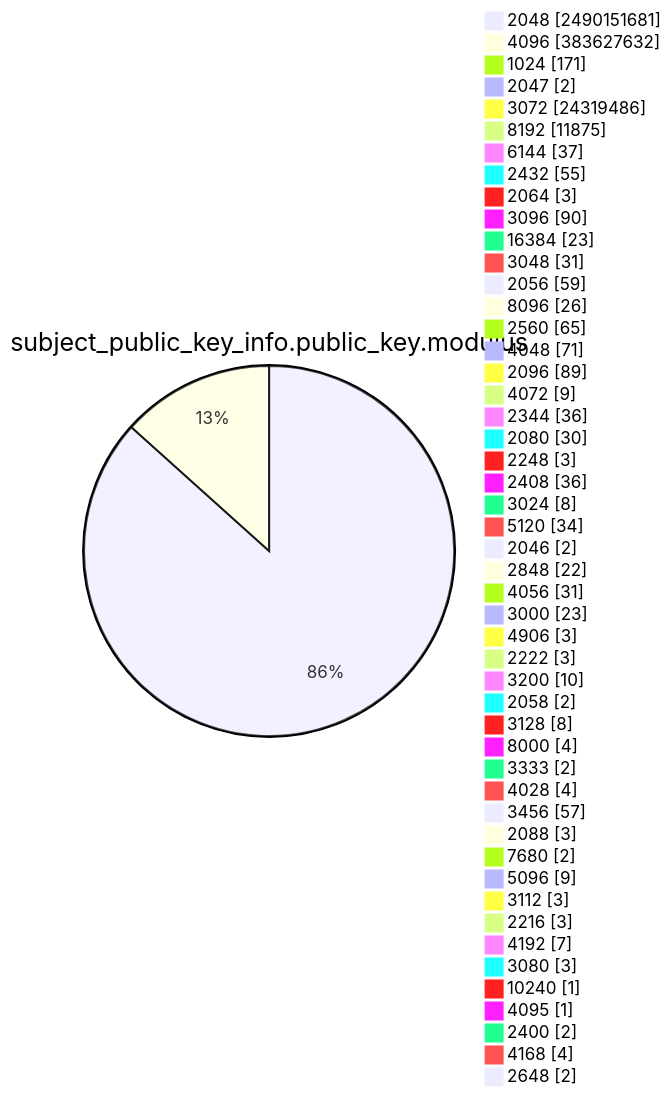
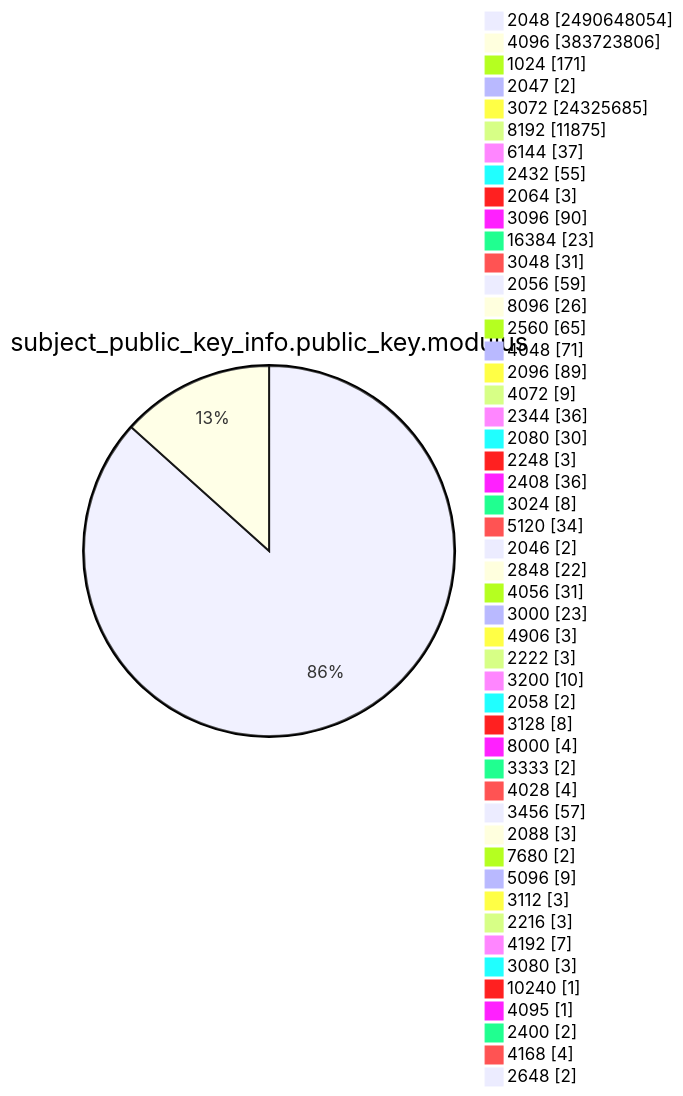
Before and after one commit to christiankrug/ctmonitor_visualization: diagram 13 of 15 in TOTAL/README.md, drawn with Mermaid. The commit also changed other lines of this file, not shown here.

````diff
--- a/TOTAL/README.md
+++ b/TOTAL/README.md
@@ -4169,53 +4169,53 @@
 ```mermaid
 pie showData
 title subject_public_key_info.public_key.modulus
-"2048" :2490151681
-"4096" :383627632
+"2048" :2490648054
+"4096" :383723806
 "1024" :171
 "2047" :2
-"3072" :24319486
+"3072" :24325685
 "8192" :11875
 "6144" :37
 "2432" :55
 "2064" :3
 "3096" :90
 "16384" :23
 "3048" :31
 "2056" :59
 "8096" :26
 "2560" :65
 "4048" :71
 "2096" :89
 "4072" :9
 "2344" :36
 "2080" :30
 "2248" :3
 "2408" :36
 "3024" :8
 "5120" :34
 "2046" :2
 "2848" :22
 "4056" :31
 "3000" :23
 "4906" :3
 "2222" :3
 "3200" :10
 "2058" :2
 "3128" :8
 "8000" :4
 "3333" :2
 "4028" :4
 "3456" :57
 "2088" :3
 "7680" :2
 "5096" :9
 "3112" :3
 "2216" :3
 "4192" :7
 "3080" :3
 "10240" :1
 "4095" :1
 "2400" :2
 "4168" :4
 "2648" :2
 ```
````
